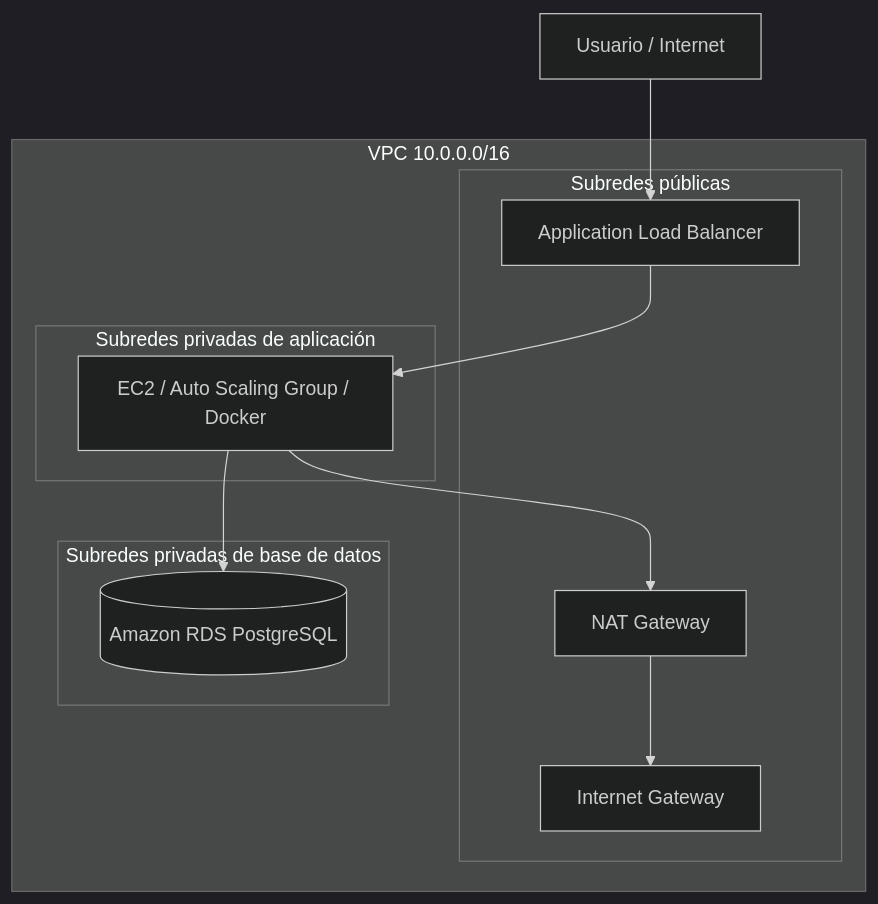
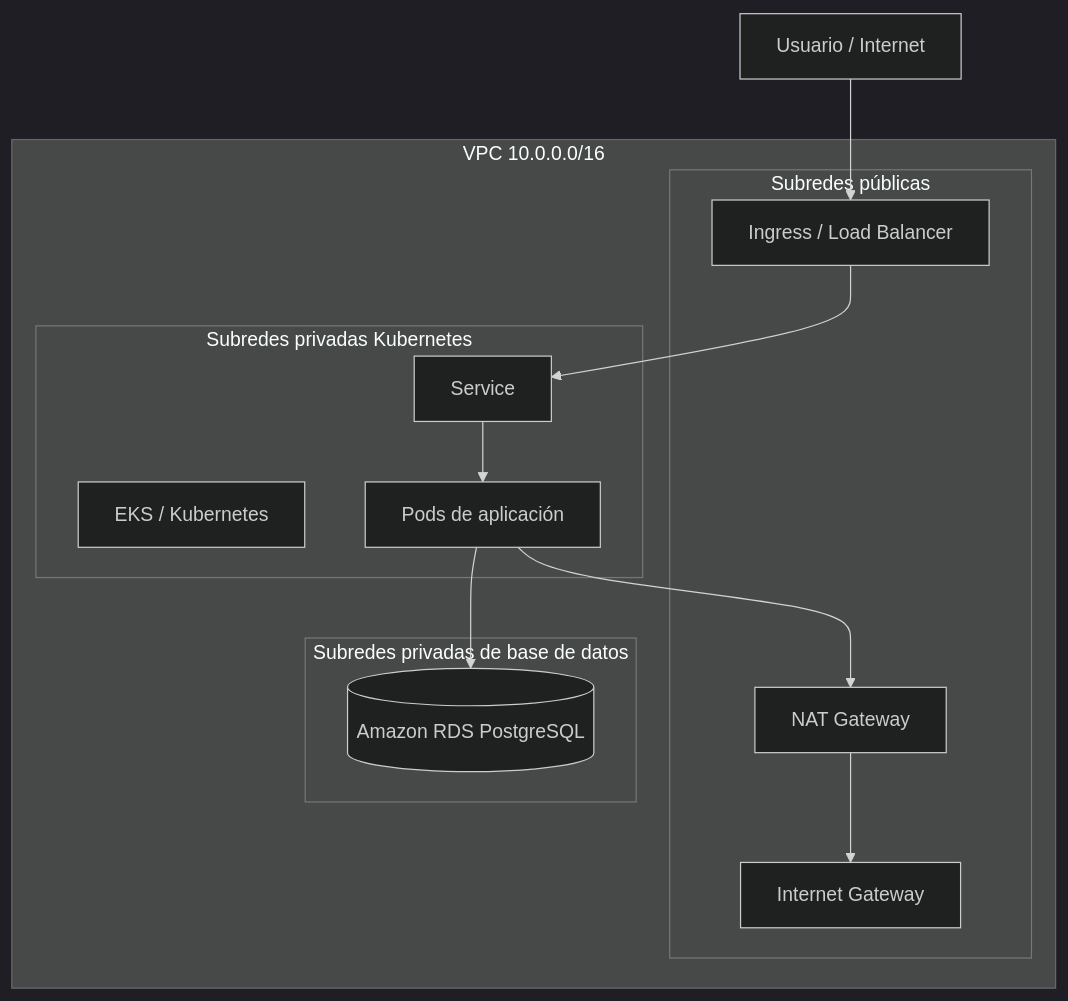
Before and after one commit to Juchilgaa/ORT_ObligatorioISC-N5A-FFJR: the diagram in README.md, drawn with Mermaid (dark theme). The commit also changed other lines of this file, not shown here.

Commit message:
Se modifica el README y se prepara arquitectura base para kubernetes

````diff
--- a/README.md
+++ b/README.md
@@ -29,25 +32,28 @@
 ```mermaid
 flowchart TD
-    usuario[Usuario / Internet] --> alb[Application Load Balancer]
+    usuario[Usuario / Internet] --> ingress[Ingress / Load Balancer]
 
     subgraph vpc[VPC 10.0.0.0/16]
         subgraph publicas[Subredes públicas]
-            alb
+            ingress
             nat[NAT Gateway]
             igw[Internet Gateway]
         end
 
-        subgraph privadas_app[Subredes privadas de aplicación]
-            app[EC2 / Auto Scaling Group / Docker]
+        subgraph privadas_k8s[Subredes privadas Kubernetes]
+            eks[EKS / Kubernetes]
+            svc[Service]
+            pods[Pods de aplicación]
         end
 
         subgraph privadas_db[Subredes privadas de base de datos]
             rds[(Amazon RDS PostgreSQL)]
         end
 
-        alb --> app
-        app --> rds
-        app --> nat
+        ingress --> svc
+        svc --> pods
+        pods --> rds
+        pods --> nat
         nat --> igw
     end
 ```
````
